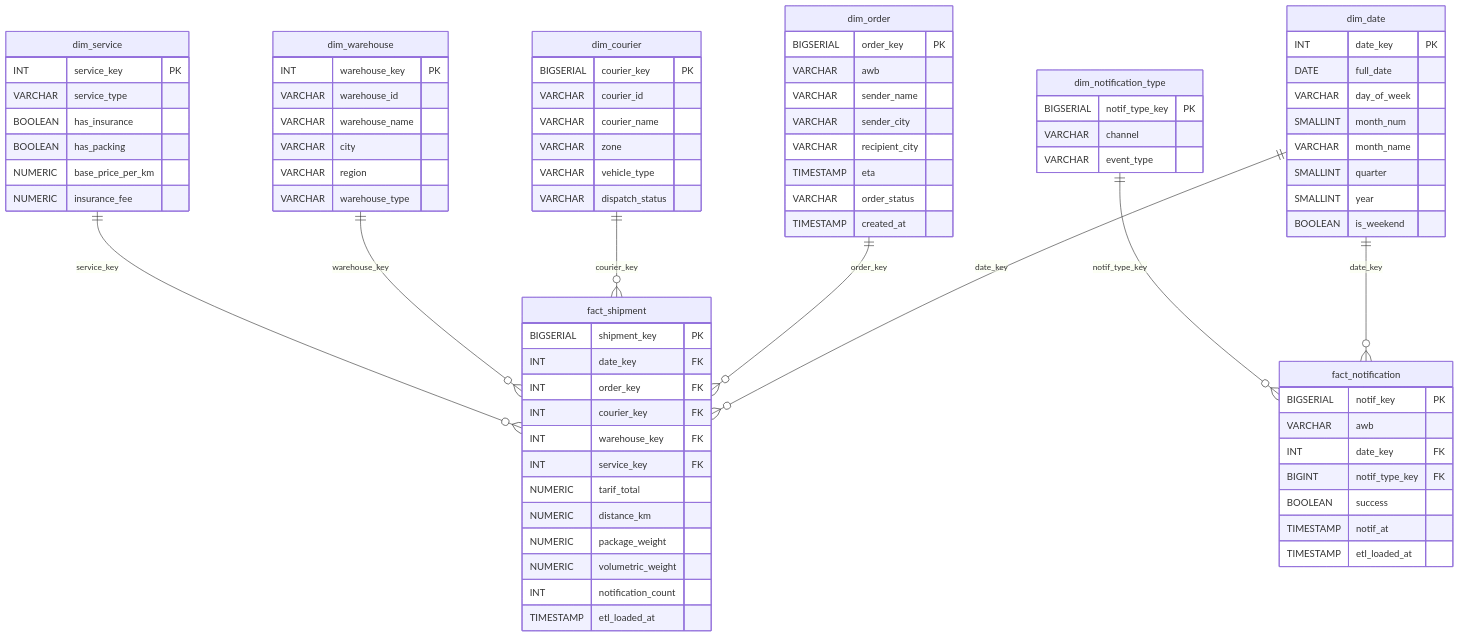
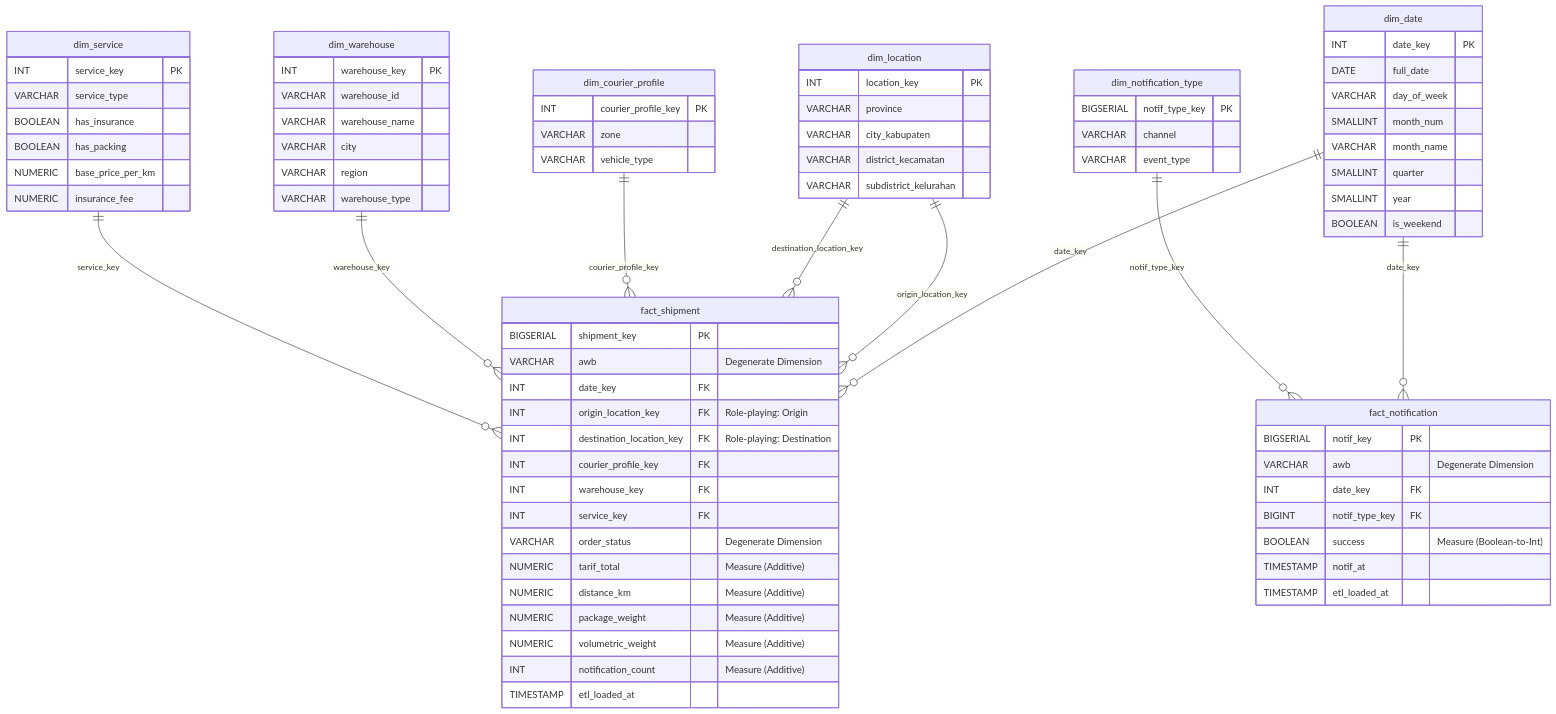
Before and after one commit to madgeer/microservce-papiton-express: the diagram in docs/warehouse.md, drawn with Mermaid. The commit also changed other lines of this file and 10 other files, not shown here.

First line of the commit message:
Refactor Data Warehouse Schema and ETL Pipeline

```diff
--- a/docs/warehouse.md
+++ b/docs/warehouse.md
@@ -39,47 +38,44 @@
 erDiagram
     fact_shipment {
         BIGSERIAL shipment_key PK
+        VARCHAR awb "Degenerate Dimension"
         INT date_key FK
-        INT order_key FK
-        INT courier_key FK
+        INT origin_location_key FK "Role-playing: Origin"
+        INT destination_location_key FK "Role-playing: Destination"
+        INT courier_profile_key FK
         INT warehouse_key FK
         INT service_key FK
-        NUMERIC tarif_total
-        NUMERIC distance_km
-        NUMERIC package_weight
-        NUMERIC volumetric_weight
-        INT notification_count
+        VARCHAR order_status "Degenerate Dimension"
+        NUMERIC tarif_total "Measure (Additive)"
+        NUMERIC distance_km "Measure (Additive)"
+        NUMERIC package_weight "Measure (Additive)"
+        NUMERIC volumetric_weight "Measure (Additive)"
+        INT notification_count "Measure (Additive)"
         TIMESTAMP etl_loaded_at
     }
 
     fact_notification {
         BIGSERIAL notif_key PK
-        VARCHAR awb
+        VARCHAR awb "Degenerate Dimension"
         INT date_key FK
         BIGINT notif_type_key FK
-        BOOLEAN success
+        BOOLEAN success "Measure (Boolean-to-Int)"
         TIMESTAMP notif_at
         TIMESTAMP etl_loaded_at
     }
 
-    dim_order {
-        BIGSERIAL order_key PK
-        VARCHAR awb
-        VARCHAR sender_name
-        VARCHAR sender_city
-        VARCHAR recipient_city
-        TIMESTAMP eta
-        VARCHAR order_status
-        TIMESTAMP created_at
+    dim_location {
+        INT location_key PK
+        VARCHAR province
+        VARCHAR city_kabupaten
+        VARCHAR district_kecamatan
+        VARCHAR subdistrict_kelurahan
     }
 
-    dim_courier {
-        BIGSERIAL courier_key PK
-        VARCHAR courier_id
-        VARCHAR courier_name
+    dim_courier_profile {
+        INT courier_profile_key PK
         VARCHAR zone
         VARCHAR vehicle_type
-        VARCHAR dispatch_status
     }
 
     dim_date {
@@ -118,8 +114,9 @@
     }
 
     dim_date ||--o{ fact_shipment : "date_key"
-    dim_order ||--o{ fact_shipment : "order_key"
-    dim_courier ||--o{ fact_shipment : "courier_key"
+    dim_location ||--o{ fact_shipment : "origin_location_key"
+    dim_location ||--o{ fact_shipment : "destination_location_key"
+    dim_courier_profile ||--o{ fact_shipment : "courier_profile_key"
     dim_warehouse ||--o{ fact_shipment : "warehouse_key"
     dim_service ||--o{ fact_shipment : "service_key"
 
```
